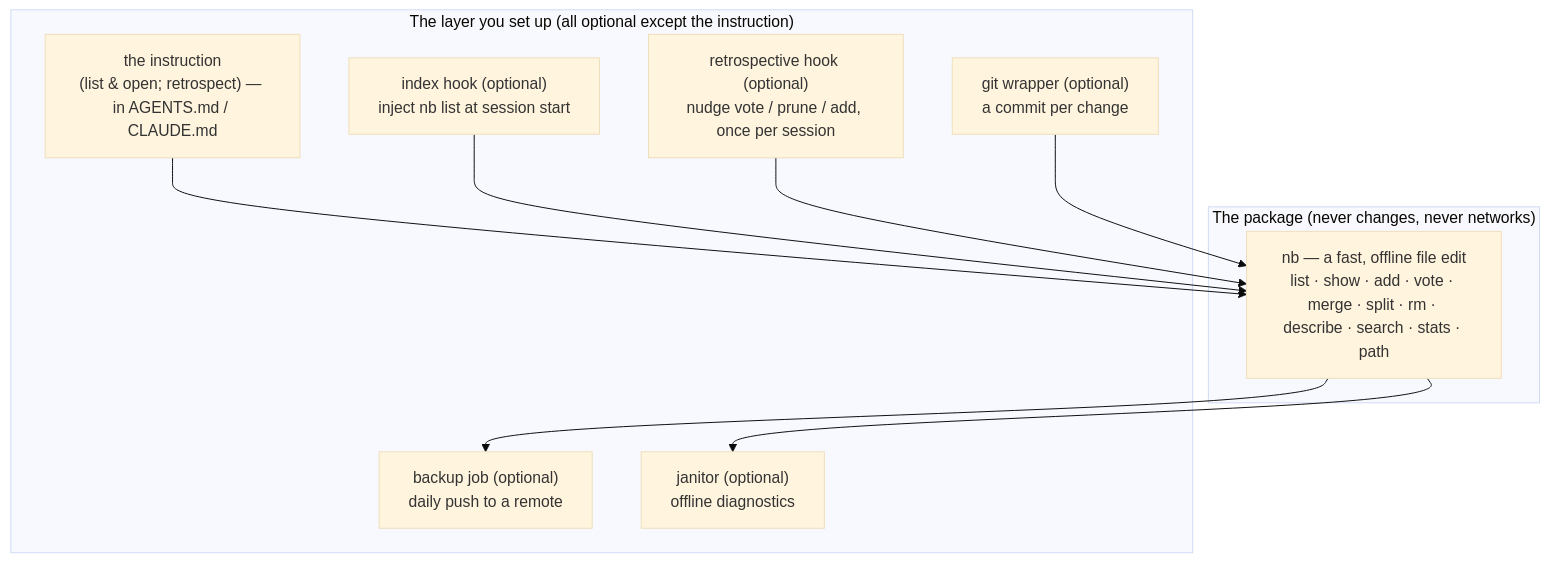
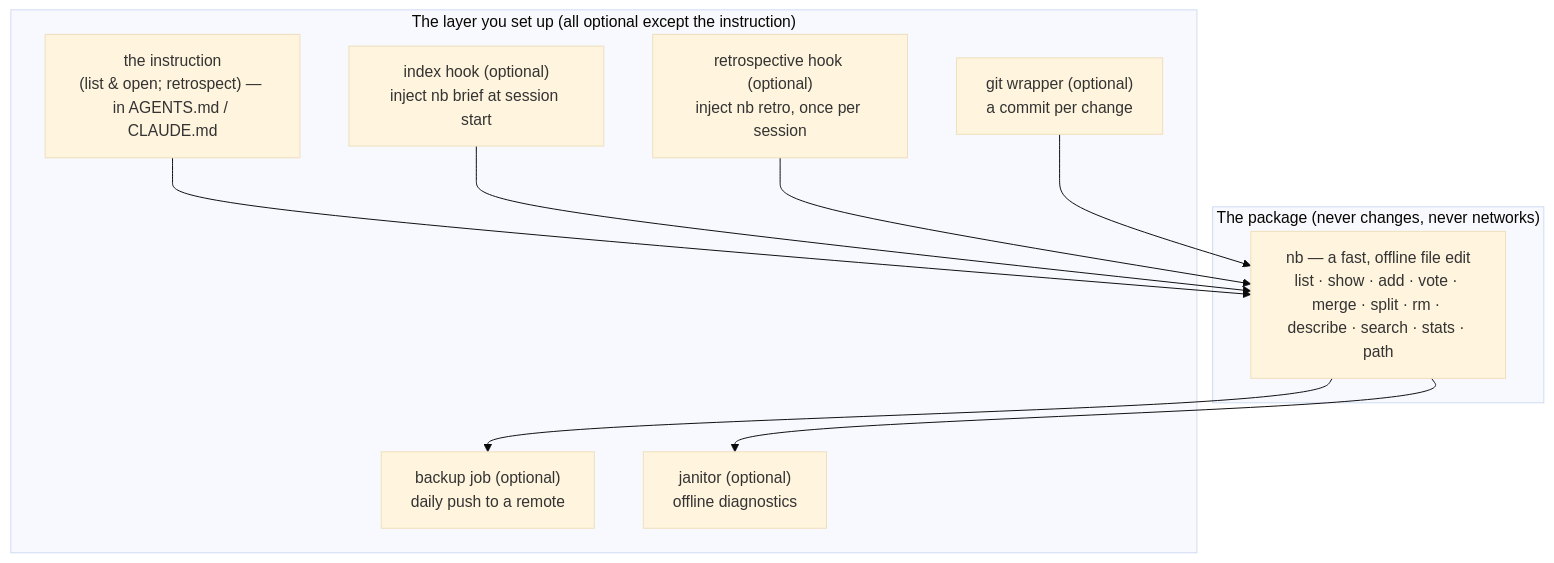
The diagram in docs/harness-setup.md (jeanibarz/agent-notebook), drawn with Mermaid (base theme) before and after one commit. The commit also changed other lines of this file and 26 other files, not shown here.

First line of the commit message:
feat(examples): the Claude Code hooks become a thin adapter around nb brief and nb retro (#538)

````diff
--- a/docs/harness-setup.md
+++ b/docs/harness-setup.md
@@ -21,17 +21,17 @@
 ```mermaid
 flowchart TB
     subgraph core["The package (never changes, never networks)"]
         NB["nb — a fast, offline file edit<br/>list · show · add · vote · merge · split · rm · describe · search · stats · path"]
     end
     subgraph layer["The layer you set up (all optional except the instruction)"]
         I["the instruction<br/>(list & open; retrospect) — in AGENTS.md / CLAUDE.md"]
-        H1["index hook (optional)<br/>inject nb list at session start"]
-        H2["retrospective hook (optional)<br/>nudge vote / prune / add, once per session"]
+        H1["index hook (optional)<br/>inject nb brief at session start"]
+        H2["retrospective hook (optional)<br/>inject nb retro, once per session"]
         H3["git wrapper (optional)<br/>a commit per change"]
         H4["backup job (optional)<br/>daily push to a remote"]
         H5["janitor (optional)<br/>offline diagnostics"]
     end
     I & H1 & H2 & H3 --> NB
     NB --> H4
     NB --> H5
 ```
````
